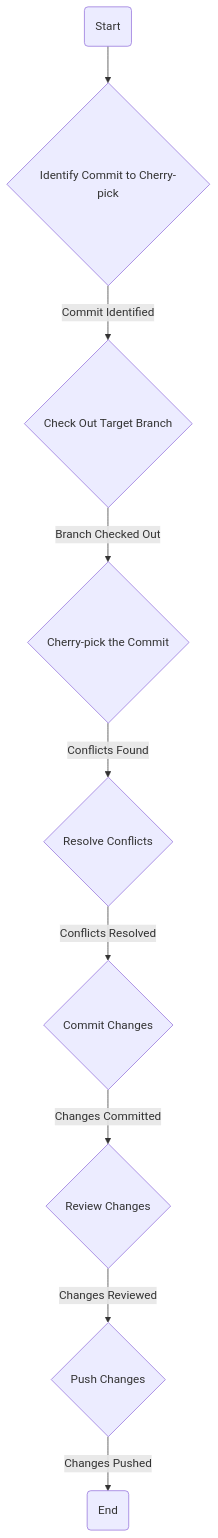
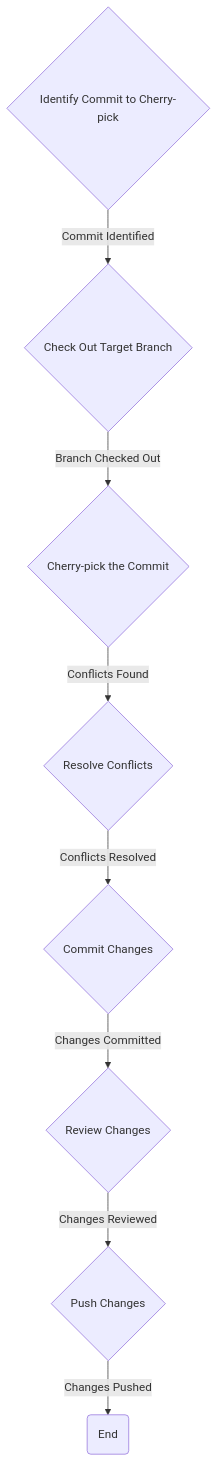
Diagram 11 of 11 in README.md (emmahone/Git-Good-Quick), drawn with Mermaid before and after one commit. The commit also changed other lines of this file, not shown here.

````diff
--- a/README.md
+++ b/README.md
@@ -284,11 +283,10 @@
 ```mermaid
 graph TD;
-    A(Start)-->B{Identify Commit to Cherry-pick};
-    B-- Commit Identified -->C{Check Out Target Branch};
+    B{Identify Commit to Cherry-pick}-- Commit Identified -->C{Check Out Target Branch};
     C-- Branch Checked Out -->D{Cherry-pick the Commit};
     D-- Conflicts Found -->E{Resolve Conflicts};
     E-- Conflicts Resolved -->F{Commit Changes};
     F-- Changes Committed -->G{Review Changes};
     G-- Changes Reviewed -->H{Push Changes};
     H-- Changes Pushed -->I(End);
 ```
````
